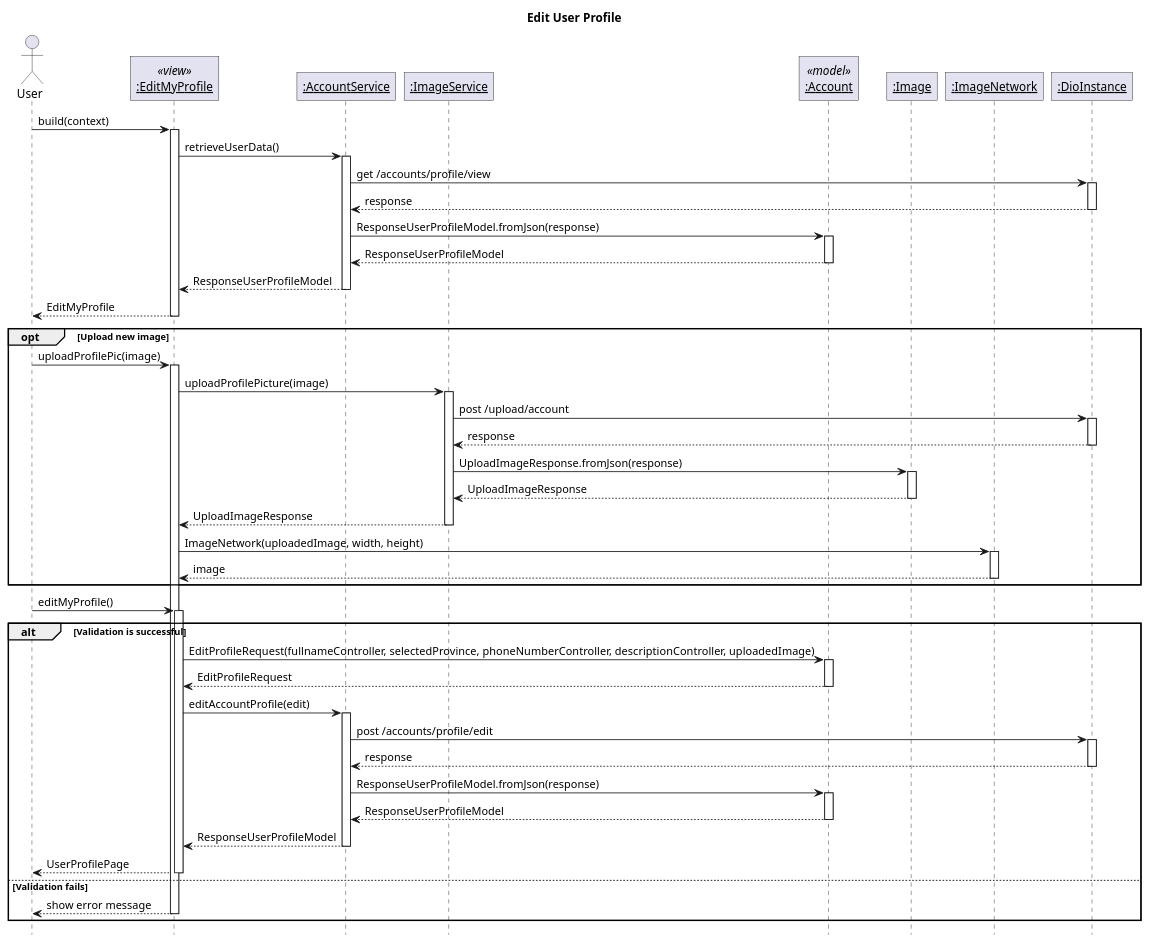
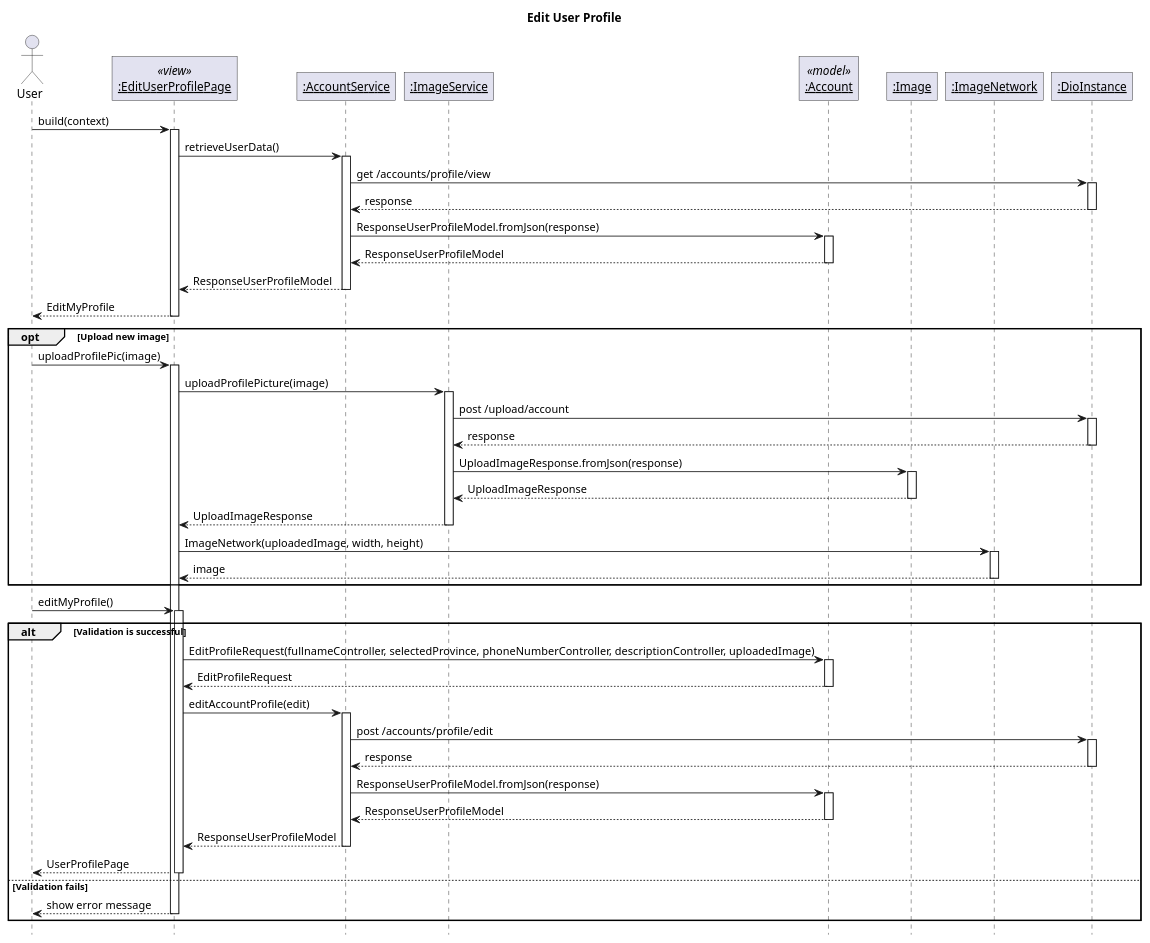
One commit to sharoncedila/FO_woofers changed the diagram in lib_admin/plantuml/sequence/account/edit user profile.puml. Above: the diagram before and after it, drawn with PlantUML. The commit also changed 26 other files, not shown here.

```diff
--- a/lib_admin/plantuml/sequence/account/edit user profile.puml
+++ b/lib_admin/plantuml/sequence/account/edit user profile.puml
@@ -1,60 +1,60 @@
 @startuml Edit User Profile
 ' Global param
 title Edit User Profile
 autoactivate on
 
 ' Global style configuration
 skinparam RoundCorner 0
 hide footbox
 
 ' Sequence participant configuration
 actor User
-participant "__:EditMyProfile__" as Page <<view>>
+participant "__:EditUserProfilePage__" as Page <<view>>
 participant "__:AccountService__" as ServiceAccount
 participant "__:ImageService__" as ServiceImage
 participant "__:Account__" as ModelAccount <<model>>
 participant "__:Image__" as ModelImage
 participant "__:ImageNetwork__" as Image
 participant "__:DioInstance__" as Dio
 
 
 ' Sequence diagram
 User -> Page: build(context)
 Page -> ServiceAccount : retrieveUserData()
 ServiceAccount -> Dio : get /accounts/profile/view
 ServiceAccount <-- Dio : response
 ServiceAccount -> ModelAccount : ResponseUserProfileModel.fromJson(response)
 ServiceAccount <-- ModelAccount : ResponseUserProfileModel
 Page <-- ServiceAccount : ResponseUserProfileModel
 User <-- Page : EditMyProfile
 opt Upload new image
 User -> Page : uploadProfilePic(image)
 Page -> ServiceImage : uploadProfilePicture(image)
 ServiceImage -> Dio : post /upload/account
 ServiceImage <-- Dio : response
 ServiceImage -> ModelImage : UploadImageResponse.fromJson(response)
 ServiceImage <-- ModelImage : UploadImageResponse
 Page <-- ServiceImage : UploadImageResponse
 Page -> Image : ImageNetwork(uploadedImage, width, height)
 Page <-- Image : image
 end
 User -> Page : editMyProfile()
 alt Validation is successful
 Page -> ModelAccount : EditProfileRequest(fullnameController, selectedProvince, phoneNumberController, descriptionController, uploadedImage)
 Page <-- ModelAccount : EditProfileRequest
 Page -> ServiceAccount : editAccountProfile(edit)
 ServiceAccount -> Dio : post /accounts/profile/edit
 ServiceAccount <-- Dio : response
 ServiceAccount -> ModelAccount : ResponseUserProfileModel.fromJson(response)
 ServiceAccount <-- ModelAccount : ResponseUserProfileModel
 Page <-- ServiceAccount : ResponseUserProfileModel
 User <-- Page : UserProfilePage
 else Validation fails
 User <-- Page: show error message
 end
 
 
 
 
 
 @enduml
```
